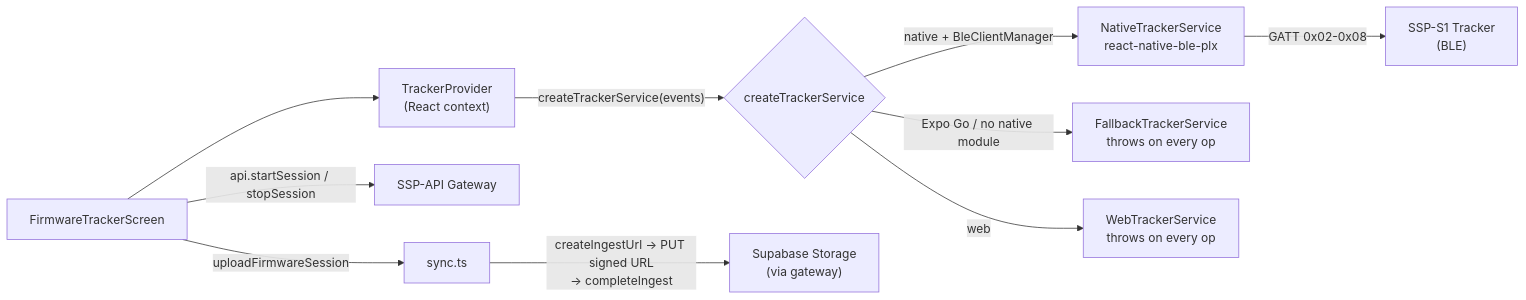
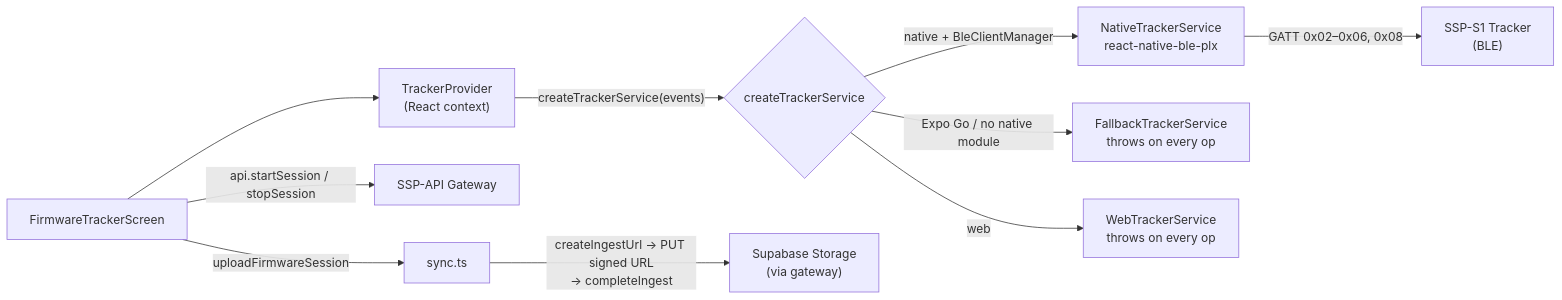
The first of 3 diagrams in docs/projects/mobile-app/tracker-and-sync.md (IzandlaSystem/SSP-Documentation), drawn with Mermaid before and after one commit. The commit also changed other lines of this file and 37 other files, not shown here.

````diff
--- a/docs/projects/mobile-app/tracker-and-sync.md
+++ b/docs/projects/mobile-app/tracker-and-sync.md
@@ -17,12 +17,12 @@
 ```mermaid
 flowchart LR
     UI["FirmwareTrackerScreen"] --> Provider["TrackerProvider<br/>(React context)"]
     Provider -->|"createTrackerService(events)"| Factory{createTrackerService}
     Factory -->|"native + BleClientManager"| Native["NativeTrackerService<br/>react-native-ble-plx"]
     Factory -->|"Expo Go / no native module"| Fallback["FallbackTrackerService<br/>throws on every op"]
     Factory -->|"web"| Web["WebTrackerService<br/>throws on every op"]
-    Native -->|"GATT 0x02-0x08"| SSP["SSP-S1 Tracker<br/>(BLE)"]
+    Native -->|"GATT 0x02–0x06, 0x08"| SSP["SSP-S1 Tracker<br/>(BLE)"]
     UI -->|"api.startSession / stopSession"| API["SSP-API Gateway"]
     UI -->|"uploadFirmwareSession"| Sync["sync.ts"]
     Sync -->|"createIngestUrl → PUT signed URL<br/>→ completeIngest"| Storage["Supabase Storage<br/>(via gateway)"]
 ```
````
